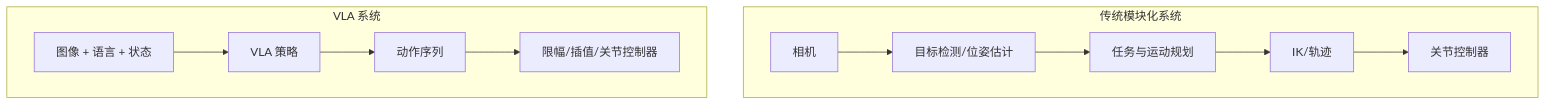
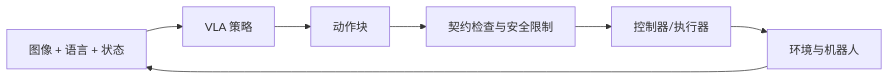
One commit to zfy-robot/qiling_smolVLA changed the first of 2 diagrams in s4_smolvla_isaaclab/docs/course/01-principles.md. Above: the diagram before and after it, drawn with Mermaid. The commit also changed other lines of this file and 31 other files, not shown here.

````diff
--- a/s4_smolvla_isaaclab/docs/course/01-principles.md
+++ b/s4_smolvla_isaaclab/docs/course/01-principles.md
@@ -21,14 +35,9 @@
 ```mermaid
-flowchart TB
-    subgraph Traditional[传统模块化系统]
-        T1[相机] --> T2[目标检测/位姿估计]
-        T2 --> T3[任务与运动规划]
-        T3 --> T4[IK/轨迹]
-        T4 --> T5[关节控制器]
-    end
-    subgraph VLA[VLA 系统]
-        V1[图像 + 语言 + 状态] --> V2[VLA 策略]
-        V2 --> V3[动作序列]
-        V3 --> V4[限幅/插值/关节控制器]
-    end
+flowchart LR
+    O[图像 + 语言 + 状态] --> P[VLA 策略]
+    P --> A[动作块]
+    A --> G[契约检查与安全限制]
+    G --> C[控制器/执行器]
+    C --> W[环境与机器人]
+    W --> O
 ```
````
